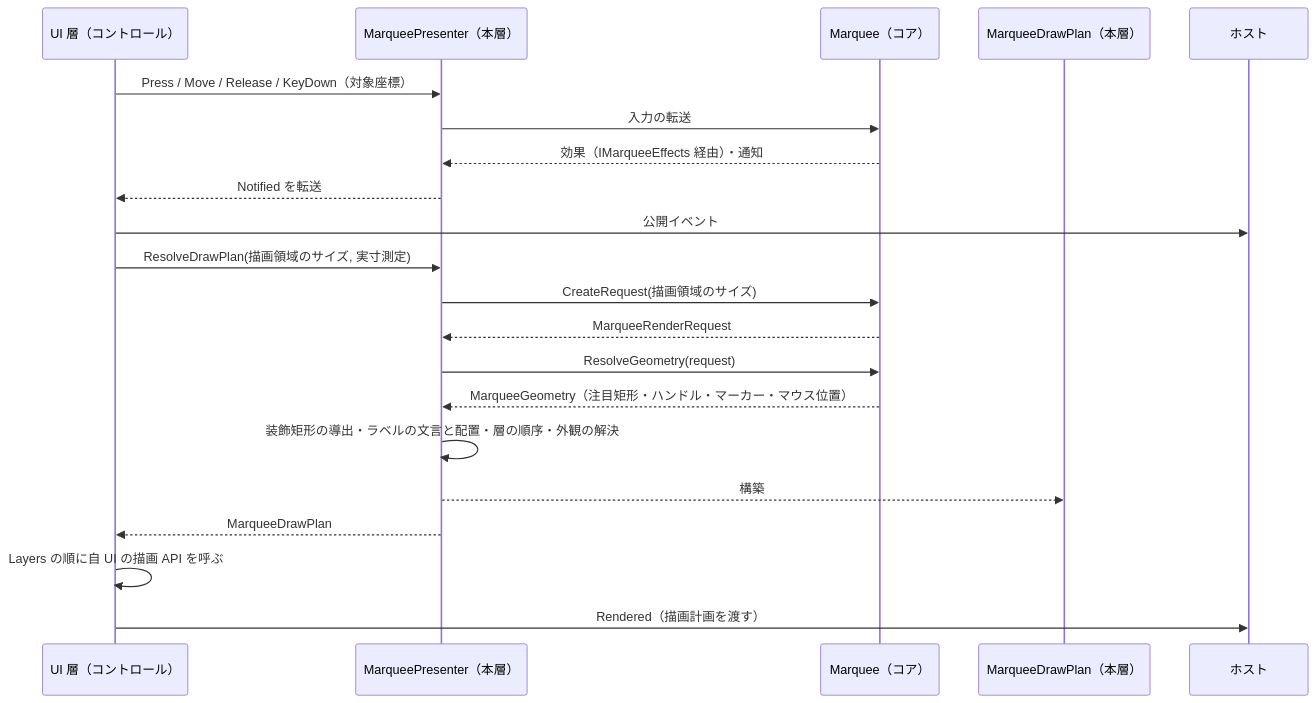
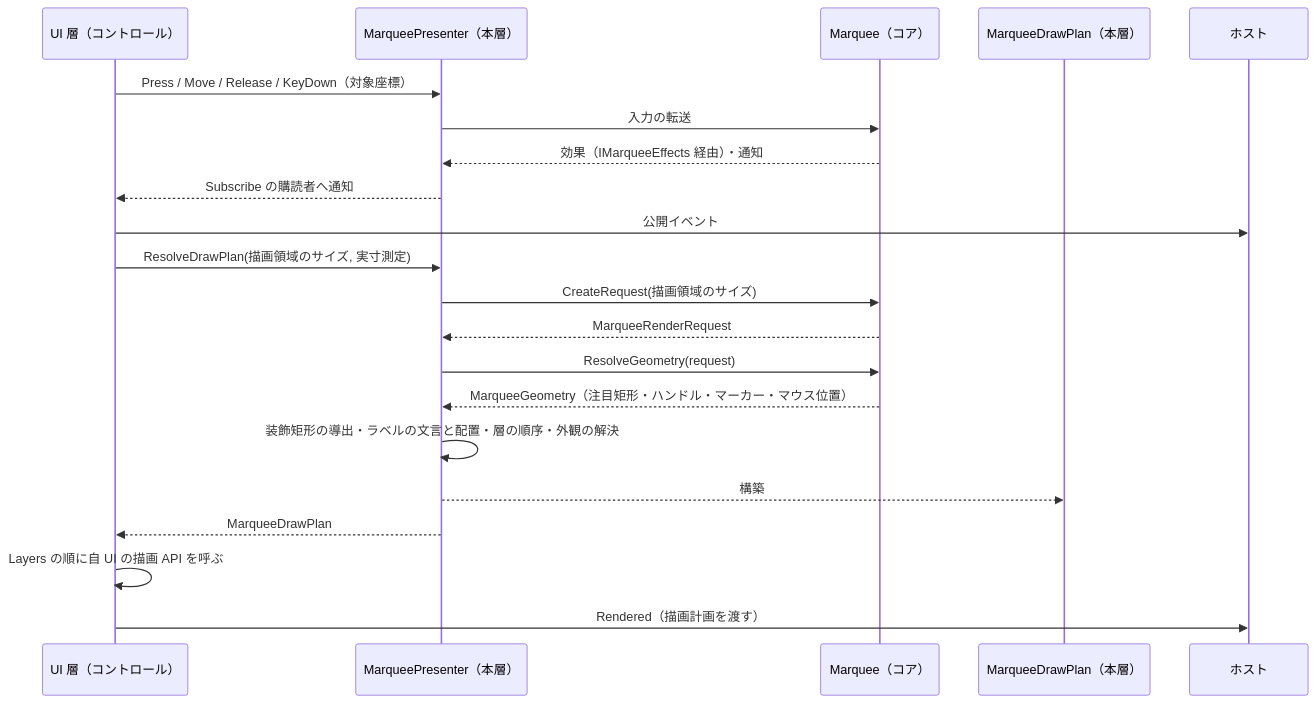
The first of 2 diagrams in src/EsUtil.Feature.Marquee.Presenter/docs/SPEC_System.md (tomokuni/SaveEvidence), drawn with Mermaid before and after one commit. The commit also changed 40 other files, not shown here.

````diff
--- a/src/EsUtil.Feature.Marquee.Presenter/docs/SPEC_System.md
+++ b/src/EsUtil.Feature.Marquee.Presenter/docs/SPEC_System.md
@@ -62,24 +62,24 @@
 ```mermaid
 sequenceDiagram
     participant UI as UI 層（コントロール）
     participant P as MarqueePresenter（本層）
     participant M as Marquee（コア）
     participant D as MarqueeDrawPlan（本層）
     participant H as ホスト
 
     UI->>P: Press / Move / Release / KeyDown（対象座標）
     P->>M: 入力の転送
     M-->>P: 効果（IMarqueeEffects 経由）・通知
-    P-->>UI: Notified を転送
+    P-->>UI: Subscribe の購読者へ通知
     UI->>H: 公開イベント
     UI->>P: ResolveDrawPlan(描画領域のサイズ, 実寸測定)
     P->>M: CreateRequest(描画領域のサイズ)
     M-->>P: MarqueeRenderRequest
     P->>M: ResolveGeometry(request)
     M-->>P: MarqueeGeometry（注目矩形・ハンドル・マーカー・マウス位置）
     P->>P: 装飾矩形の導出・ラベルの文言と配置・層の順序・外観の解決
     P-->>D: 構築
     P-->>UI: MarqueeDrawPlan
     UI->>UI: Layers の順に自 UI の描画 API を呼ぶ
     UI->>H: Rendered（描画計画を渡す）
 ```
````
